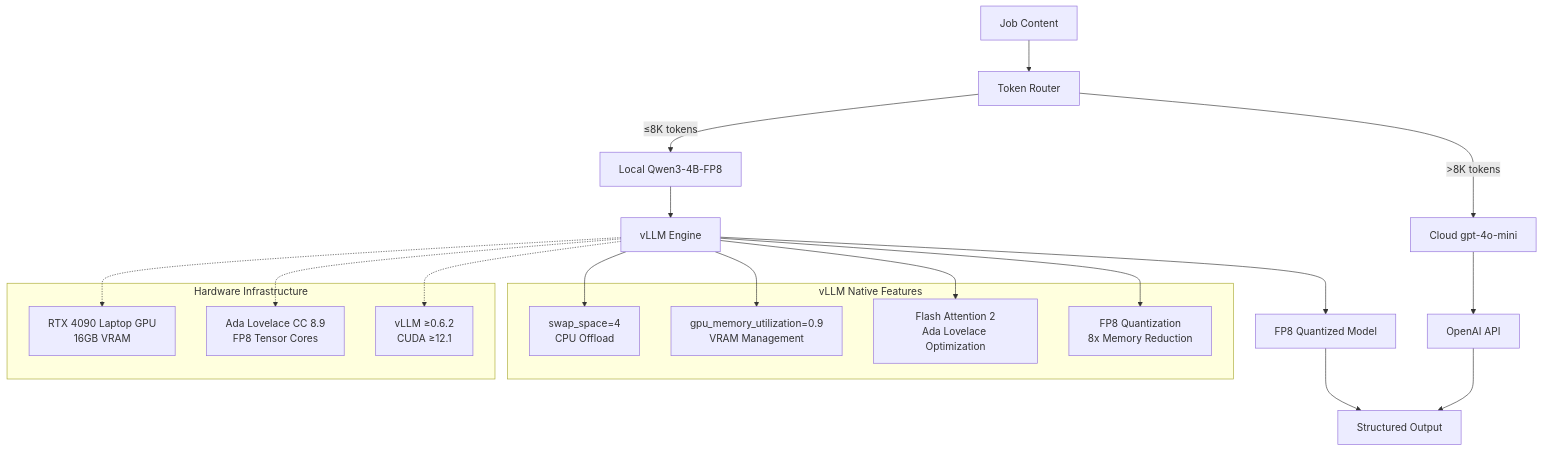
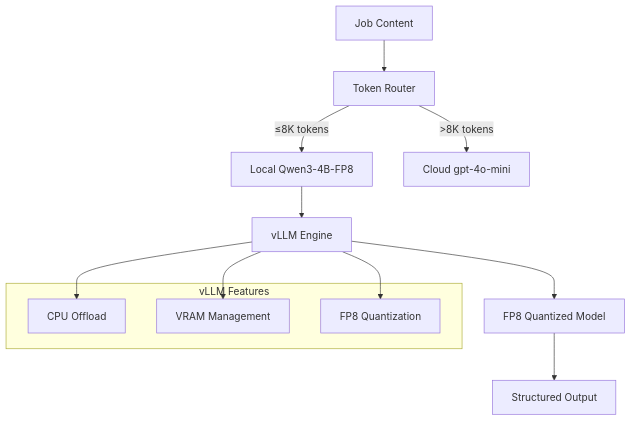
One commit to BjornMelin/ai-job-scraper changed the second of 2 diagrams in docs/adrs/ADR-004-local-ai-integration.md. Above: the diagram before and after it, drawn with Mermaid. The commit also changed other lines of this file and 11 other files, not shown here.

First line of the commit message:
docs: consolidate and archive redundant ADRs for streamlined architecture

````diff
--- a/docs/adrs/ADR-004-local-ai-integration.md
+++ b/docs/adrs/ADR-004-local-ai-integration.md
@@ -158,34 +276,20 @@
 ```mermaid
 graph TD
     A[Job Content] --> B[Token Router]
     B -->|≤8K tokens| C[Local Qwen3-4B-FP8]
     B -->|>8K tokens| D[Cloud gpt-4o-mini]
     
     C --> E[vLLM Engine]
     E --> F[FP8 Quantized Model]
     F --> G[Structured Output]
     
-    D --> H[OpenAI API]
-    H --> G
-    
-    subgraph "vLLM Native Features"
-        I[swap_space=4<br/>CPU Offload]
-        J[gpu_memory_utilization=0.9<br/>VRAM Management]
-        K[Flash Attention 2<br/>Ada Lovelace Optimization]
-        L[FP8 Quantization<br/>8x Memory Reduction]
+    subgraph "vLLM Features"
+        H[CPU Offload]
+        I[VRAM Management] 
+        J[FP8 Quantization]
     end
     
-    subgraph "Hardware Infrastructure"
-        M[RTX 4090 Laptop GPU<br/>16GB VRAM]
-        N[Ada Lovelace CC 8.9<br/>FP8 Tensor Cores]
-        O[vLLM ≥0.6.2<br/>CUDA ≥12.1]
-    end
-    
+    E --> H
     E --> I
-    E --> J  
-    E --> K
-    E --> L
-    E -.-> M
-    E -.-> N
-    E -.-> O
+    E --> J
 ```
````
